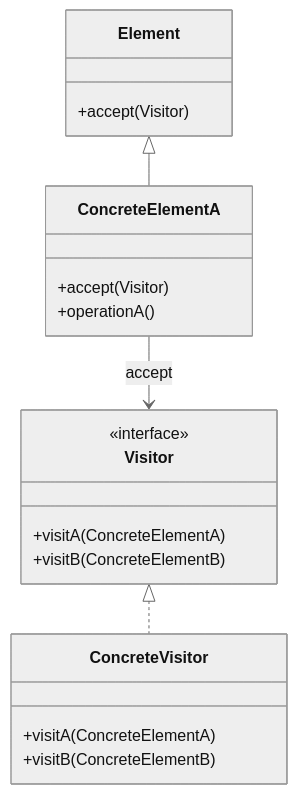
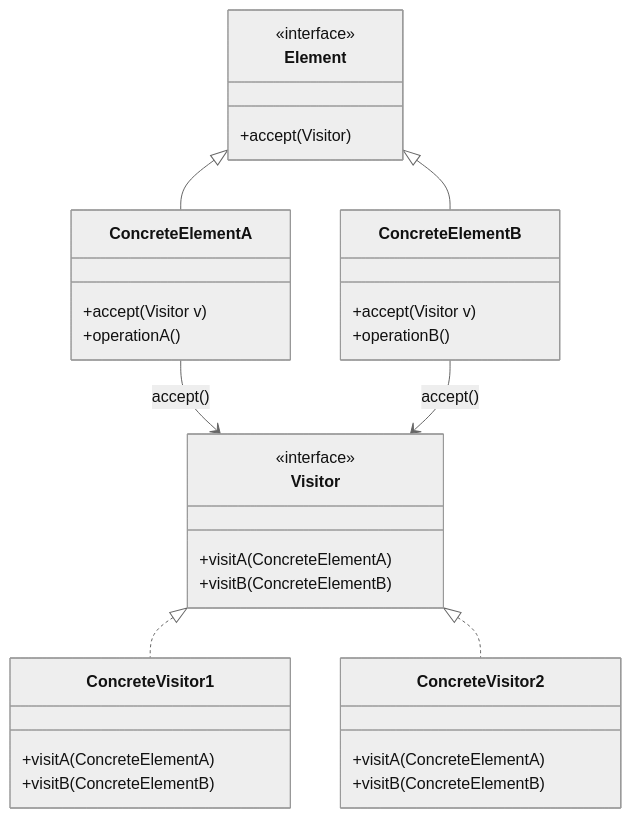
The diagram in MODULE_10_CFD_ENGINE_DEVELOPMENT/CONTENT/02_ADVANCED_PATTERNS/04_Visitor_Pattern.md (wramet/build-my-cfd), drawn with Mermaid (neutral theme) before and after one commit. The commit also changed other lines of this file and 203 other files, not shown here.

````diff
--- a/MODULE_10_CFD_ENGINE_DEVELOPMENT/CONTENT/02_ADVANCED_PATTERNS/04_Visitor_Pattern.md
+++ b/MODULE_10_CFD_ENGINE_DEVELOPMENT/CONTENT/02_ADVANCED_PATTERNS/04_Visitor_Pattern.md
@@ -11,23 +29,35 @@
 ```mermaid
 classDiagram
     class Element {
+        <<interface>>
         +accept(Visitor)
     }
     class ConcreteElementA {
-        +accept(Visitor)
+        +accept(Visitor v)
         +operationA()
+    }
+    class ConcreteElementB {
+        +accept(Visitor v)
+        +operationB()
     }
     class Visitor {
         <<interface>>
         +visitA(ConcreteElementA)
         +visitB(ConcreteElementB)
     }
-    class ConcreteVisitor {
+    class ConcreteVisitor1 {
+        +visitA(ConcreteElementA)
+        +visitB(ConcreteElementB)
+    }
+    class ConcreteVisitor2 {
         +visitA(ConcreteElementA)
         +visitB(ConcreteElementB)
     }
     
     Element <|-- ConcreteElementA
-    Visitor <|.. ConcreteVisitor
-    ConcreteElementA --> Visitor : accept
+    Element <|-- ConcreteElementB
+    Visitor <|.. ConcreteVisitor1
+    Visitor <|.. ConcreteVisitor2
+    ConcreteElementA --> Visitor : accept()
+    ConcreteElementB --> Visitor : accept()
 ```
````
